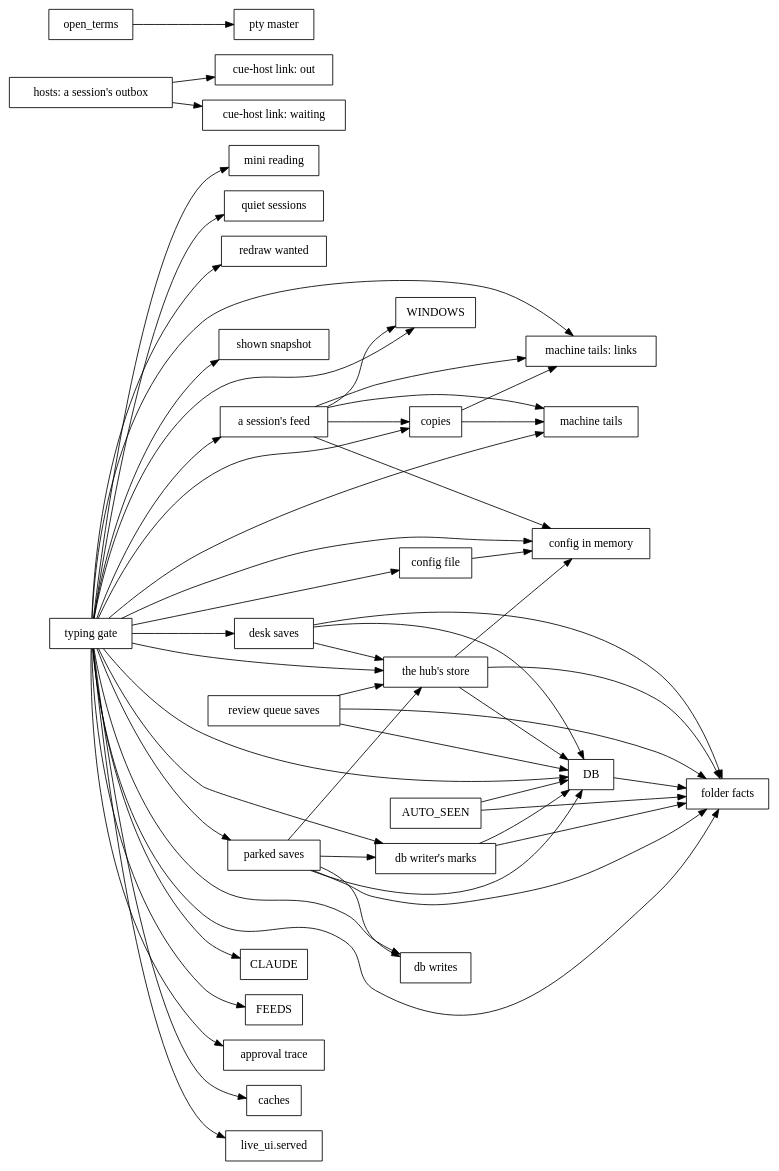
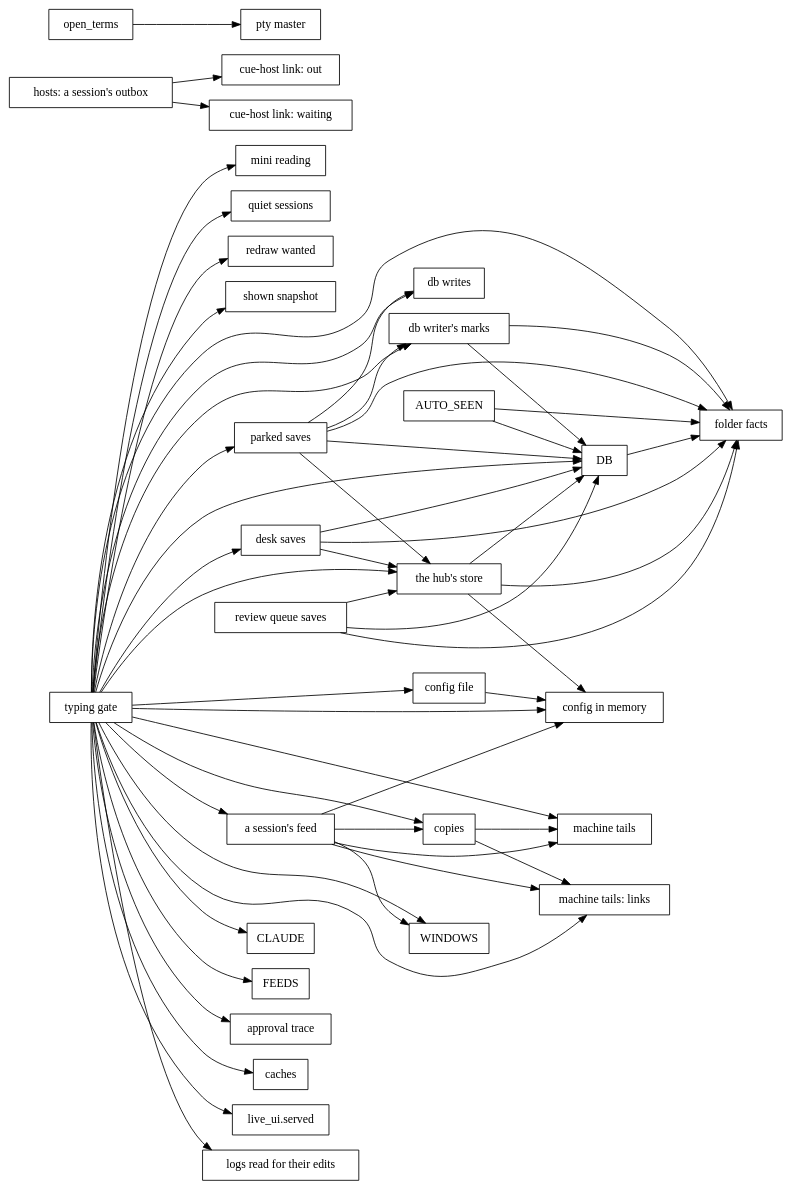
Before and after one commit to spacegrowth/cue: the diagram in docs/dev/lock-graph.dot, drawn with Graphviz. The commit also changed 3 other files, not shown here.

```diff
--- a/docs/dev/lock-graph.dot
+++ b/docs/dev/lock-graph.dot
@@ -1,58 +1,59 @@
 // Generated by `cargo run -p xtask -- inventory`; don't edit by hand.
 digraph locks {
   rankdir=LR;
   node [shape=box];
   "AUTO_SEEN" -> "DB";
   "AUTO_SEEN" -> "folder facts";
   "DB" -> "folder facts";
   "a session's feed" -> "WINDOWS";
   "a session's feed" -> "config in memory";
   "a session's feed" -> "copies";
   "a session's feed" -> "machine tails";
   "a session's feed" -> "machine tails: links";
   "config file" -> "config in memory";
   "copies" -> "machine tails";
   "copies" -> "machine tails: links";
   "db writer's marks" -> "DB";
   "db writer's marks" -> "folder facts";
   "desk saves" -> "DB";
   "desk saves" -> "folder facts";
   "desk saves" -> "the hub's store";
   "hosts: a session's outbox" -> "cue-host link: out";
   "hosts: a session's outbox" -> "cue-host link: waiting";
   "open_terms" -> "pty master";
   "parked saves" -> "DB";
   "parked saves" -> "db writer's marks";
   "parked saves" -> "db writes";
   "parked saves" -> "folder facts";
   "parked saves" -> "the hub's store";
   "review queue saves" -> "DB";
   "review queue saves" -> "folder facts";
   "review queue saves" -> "the hub's store";
   "the hub's store" -> "DB";
   "the hub's store" -> "config in memory";
   "the hub's store" -> "folder facts";
   "typing gate" -> "CLAUDE";
   "typing gate" -> "DB";
   "typing gate" -> "FEEDS";
   "typing gate" -> "WINDOWS";
   "typing gate" -> "a session's feed";
   "typing gate" -> "approval trace";
   "typing gate" -> "caches";
   "typing gate" -> "config file";
   "typing gate" -> "config in memory";
   "typing gate" -> "copies";
   "typing gate" -> "db writer's marks";
   "typing gate" -> "db writes";
   "typing gate" -> "desk saves";
   "typing gate" -> "folder facts";
   "typing gate" -> "live_ui.served";
+  "typing gate" -> "logs read for their edits";
   "typing gate" -> "machine tails";
   "typing gate" -> "machine tails: links";
   "typing gate" -> "mini reading";
   "typing gate" -> "parked saves";
   "typing gate" -> "quiet sessions";
   "typing gate" -> "redraw wanted";
   "typing gate" -> "shown snapshot";
   "typing gate" -> "the hub's store";
 }
```
